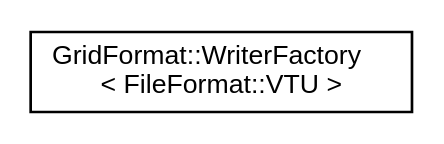
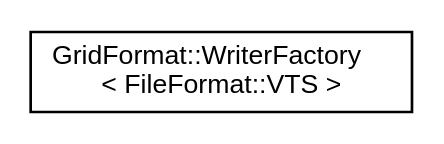
The diagram in inherit_graph_127.dot (dglaeser/gridformat), drawn with Graphviz before and after one commit. The commit also changed 337 other files, not shown here.

```diff
--- a/inherit_graph_127.dot
+++ b/inherit_graph_127.dot
@@ -1,8 +1,8 @@
 digraph "Graphical Class Hierarchy"
 {
  // LATEX_PDF_SIZE
   edge [fontname="Helvetica",fontsize="10",labelfontname="Helvetica",labelfontsize="10"];
   node [fontname="Helvetica",fontsize="10",shape=record];
   rankdir="LR";
-  Node0 [label="GridFormat::WriterFactory\l\< FileFormat::VTU \>",height=0.2,width=0.4,color="black", fillcolor="white", style="filled",URL="$structGridFormat_1_1WriterFactory_3_01FileFormat_1_1VTU_01_4.html",tooltip="Specialization of the WriterFactory for the .vtu format."];
+  Node0 [label="GridFormat::WriterFactory\l\< FileFormat::VTS \>",height=0.2,width=0.4,color="black", fillcolor="white", style="filled",URL="$structGridFormat_1_1WriterFactory_3_01FileFormat_1_1VTS_01_4.html",tooltip="Specialization of the WriterFactory for the .vts format."];
 }
```
